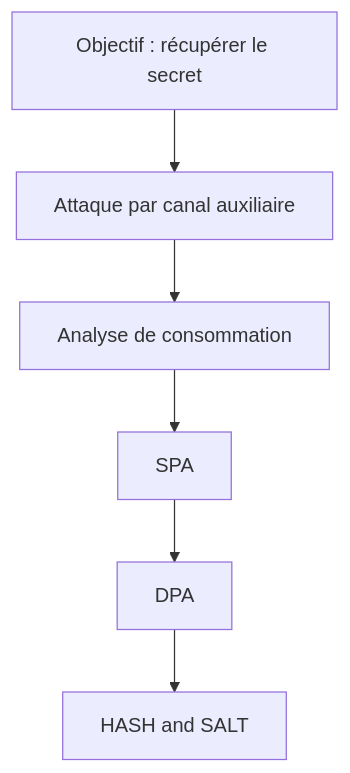
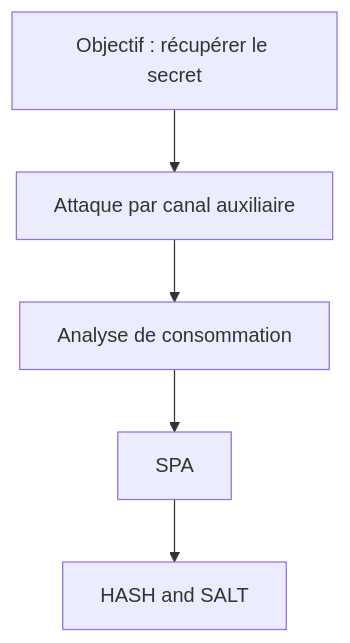
The diagram in README.md (BaptisteGuilluy/School_project_arduino_vuln_write_up), drawn with Mermaid before and after one commit. The commit also changed other lines of this file, not shown here.

````diff
--- a/README.md
+++ b/README.md
@@ -57,9 +58,7 @@
 ```mermaid
 graph TD
     A[Objectif : récupérer le secret] --> B[Attaque par canal auxiliaire]
-
     B --> C1[Analyse de consommation]
     C1 --> C1a[SPA]
-    C1a --> C1aa[DPA]
-    C1aa --> C1aaa[HASH and SALT]
+    C1a --> C1aa[HASH and SALT]
 ```
````
